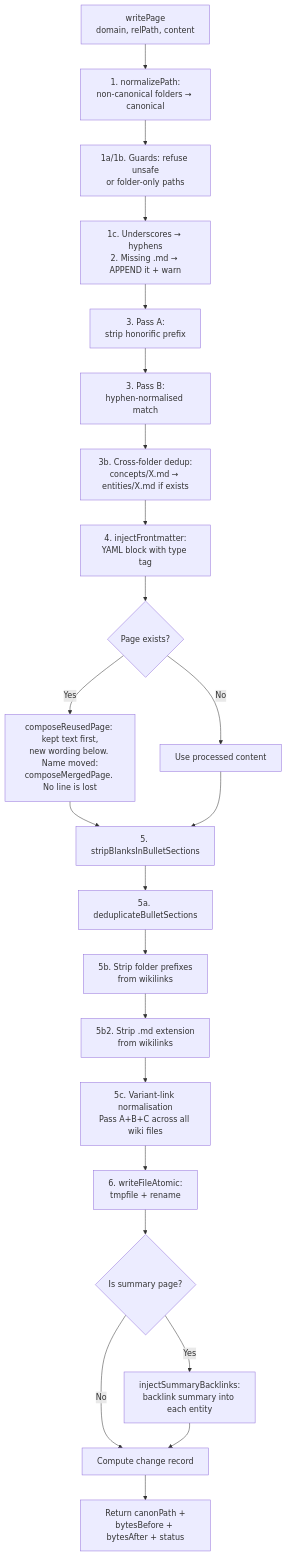
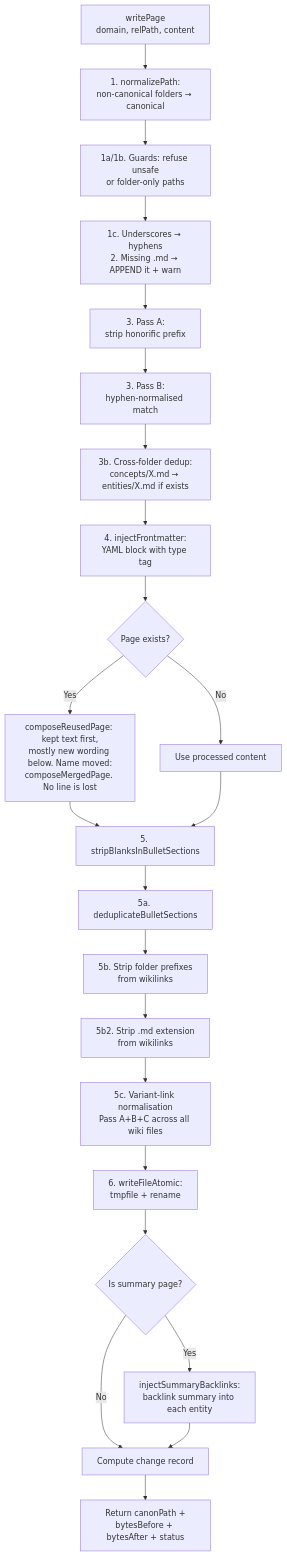
Before and after one commit to talirezun/the-curator: the fourth of 7 diagrams in docs/ingestion-pipeline.md, drawn with Mermaid. The commit also changed other lines of this file and 11 other files, not shown here.

First line of the commit message:
Reuse adds new wording only when it is mostly new; every drop is reported

````diff
--- a/docs/ingestion-pipeline.md
+++ b/docs/ingestion-pipeline.md
@@ -221,26 +221,26 @@
 ```mermaid
 flowchart TD
     A[writePage<br/>domain, relPath, content] --> B[1. normalizePath:<br/>non-canonical folders → canonical]
     B --> C[1a/1b. Guards: refuse unsafe<br/>or folder-only paths]
     C --> D[1c. Underscores → hyphens<br/>2. Missing .md → APPEND it + warn]
     D --> E[3. Pass A:<br/>strip honorific prefix]
     E --> F[3. Pass B:<br/>hyphen-normalised match]
     F --> G[3b. Cross-folder dedup:<br/>concepts/X.md → entities/X.md if exists]
     G --> H[4. injectFrontmatter:<br/>YAML block with type tag]
     H --> I{Page exists?}
-    I -- Yes --> J[composeReusedPage: kept text first,<br/>new wording below. Name moved:<br/>composeMergedPage. No line is lost]
+    I -- Yes --> J[composeReusedPage: kept text first,<br/>mostly new wording below. Name moved:<br/>composeMergedPage. No line is lost]
     I -- No --> K[Use processed content]
     J --> L
     K --> L
     L[5. stripBlanksInBulletSections]
     L --> M[5a. deduplicateBulletSections]
     M --> N[5b. Strip folder prefixes<br/>from wikilinks]
     N --> N2[5b2. Strip .md extension<br/>from wikilinks]
     N2 --> O[5c. Variant-link normalisation<br/>Pass A+B+C across all wiki files]
     O --> P[6. writeFileAtomic:<br/>tmpfile + rename]
     P --> Q{Is summary page?}
     Q -- Yes --> R[injectSummaryBacklinks:<br/>backlink summary into each entity]
     Q -- No --> S[Compute change record]
     R --> S
     S --> T[Return canonPath +<br/>bytesBefore + bytesAfter + status]
 ```
````
